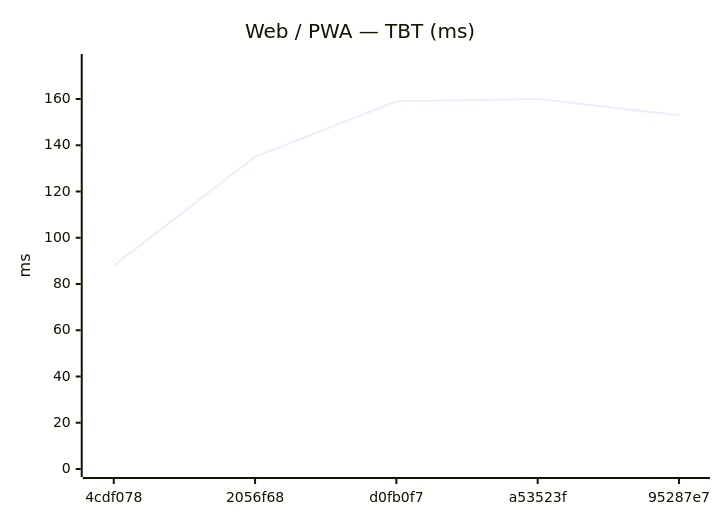
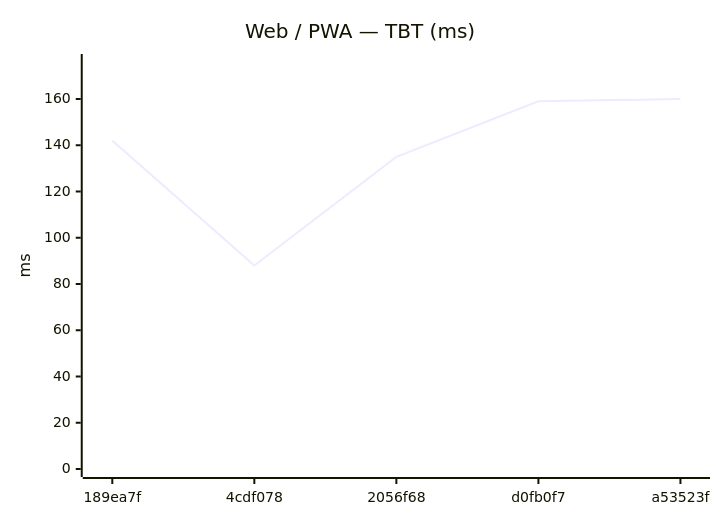
The eighth of 18 diagrams in benchmarks/compare.md (Metaheurist/Rianell), drawn with Mermaid before and after one commit. The commit also changed other lines of this file and 11 other files, not shown here.

````diff
--- a/benchmarks/compare.md
+++ b/benchmarks/compare.md
@@ -124,7 +124,7 @@
 ```mermaid
 xychart-beta
     title "Web / PWA — TBT (ms)"
-    x-axis ["4cdf078", "2056f68", "d0fb0f7", "a53523f", "95287e7"]
+    x-axis ["189ea7f", "4cdf078", "2056f68", "d0fb0f7", "a53523f"]
     y-axis "ms" 0 --> 176
-    line [88, 135, 159, 160, 153]
+    line [142, 88, 135, 159, 160]
 ```
````
